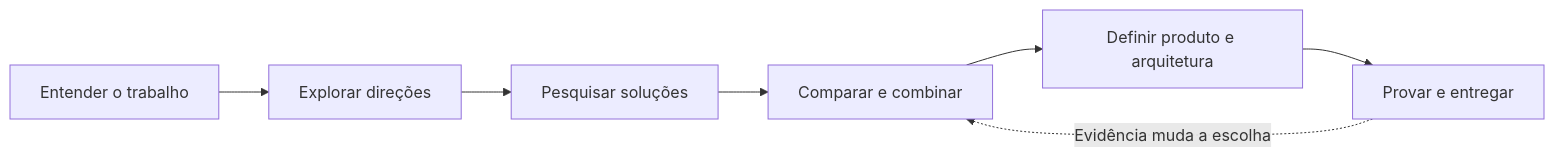
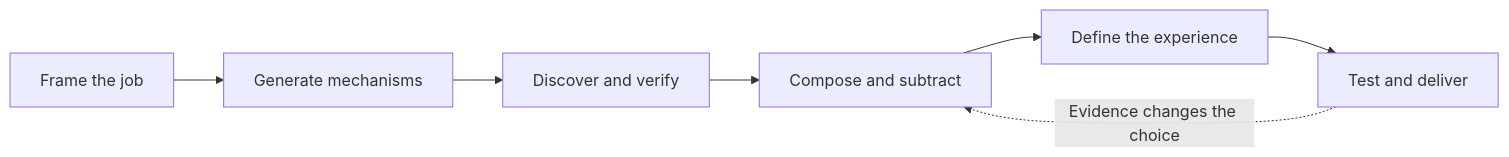
One commit to mateuxcv/skill-out-of-the-box changed the diagram in README.md. Above: the diagram before and after it, drawn with Mermaid. The commit also changed other lines of this file and 13 other files, not shown here.

````diff
--- a/README.md
+++ b/README.md
@@ -104,9 +101,9 @@
 ```mermaid
 flowchart LR
-    A[Entender o trabalho] --> B[Explorar direções]
-    B --> C[Pesquisar soluções]
-    C --> D[Comparar e combinar]
-    D --> E[Definir produto e arquitetura]
-    E --> F[Provar e entregar]
-    F -. Evidência muda a escolha .-> D
+    A[Frame the job] --> B[Generate mechanisms]
+    B --> C[Discover and verify]
+    C --> D[Compose and subtract]
+    D --> E[Define the experience]
+    E --> F[Test and deliver]
+    F -. Evidence changes the choice .-> D
 ```
````
